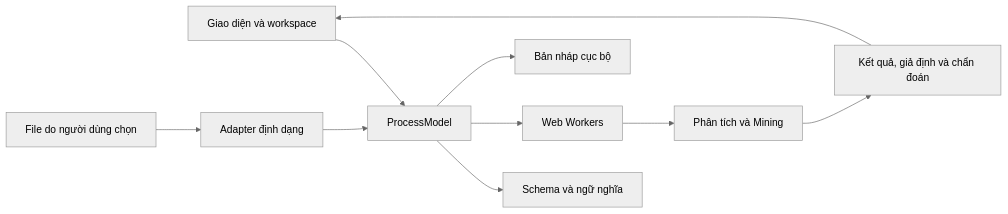
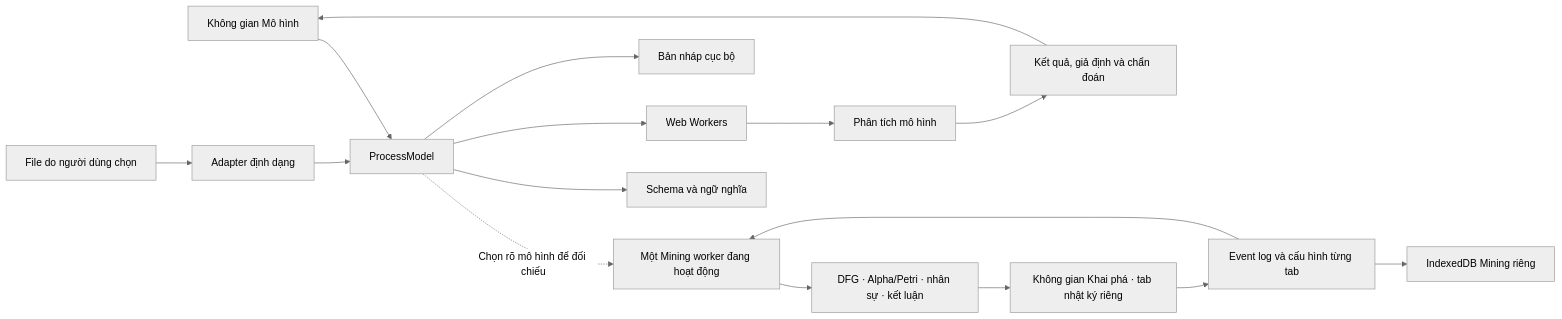
One commit to thang-uit/Flowculus changed the first of 2 diagrams in README.md. Above: the diagram before and after it, drawn with Mermaid (neutral theme). The commit also changed other lines of this file and 42 other files, not shown here.

Commit message:
feat: isolate mining logs and harden workspace flows

````diff
--- a/README.md
+++ b/README.md
@@ -112,12 +112,18 @@
 ```mermaid
 flowchart LR
-  UI["Giao diện và workspace"] --> MODEL["ProcessModel"]
+  UI["Không gian Mô hình"] --> MODEL["ProcessModel"]
+  MINING["Không gian Khai phá · tab nhật ký riêng"] --> LOGS["Event log và cấu hình từng tab"]
+  LOGS --> MINER["Một Mining worker đang hoạt động"]
+  MINER --> EVIDENCE["DFG · Alpha/Petri · nhân sự · kết luận"]
+  EVIDENCE --> MINING
+  LOGS --> LOGSTORE["IndexedDB Mining riêng"]
+  MODEL -. "Chọn rõ mô hình để đối chiếu" .-> MINER
   MODEL --> VALIDATION["Schema và ngữ nghĩa"]
   MODEL --> WORKERS["Web Workers"]
-  WORKERS --> ENGINE["Phân tích và Mining"]
+  WORKERS --> ENGINE["Phân tích mô hình"]
   ENGINE --> RESULT["Kết quả, giả định và chẩn đoán"]
   RESULT --> UI
   FILES["File do người dùng chọn"] --> ADAPTERS["Adapter định dạng"]
   ADAPTERS --> MODEL
   MODEL --> STORAGE["Bản nháp cục bộ"]
 ```
````
